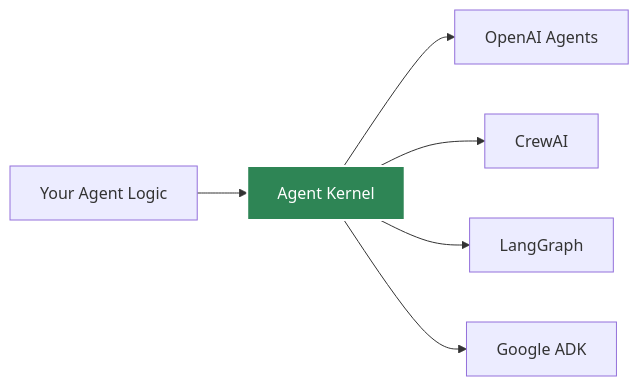
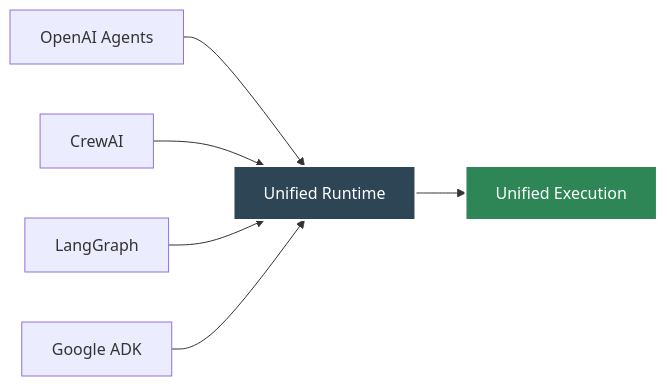
One commit to yaalalabs/agent-kernel changed the first of 2 diagrams in docs/docs/intro.md. Above: the diagram before and after it, drawn with Mermaid. The commit also changed other lines of this file and 4 other files, not shown here.

````diff
--- a/docs/docs/intro.md
+++ b/docs/docs/intro.md
@@ -14,10 +14,14 @@
 ```mermaid
-graph LR
-    A[Your Agent Logic] --> B[Agent Kernel]
-    B --> C[OpenAI Agents]
-    B --> D[CrewAI]
-    B --> E[LangGraph]
-    B --> F[Google ADK]
-    
-    style B fill:#2e8555,stroke:#fff,stroke-width:2px,color:#fff
+---
+config:
+  layout: dagre
+---
+flowchart LR
+    B["Unified Runtime"] --> A["Unified Execution"]
+    C["OpenAI Agents"] --> B
+    D["CrewAI"] --> B
+    E["LangGraph"] --> B
+    F["Google ADK"] --> B
+    style A fill:#2e8555,stroke:#fff,stroke-width:2px,color:#fff
+    style B fill:#2e4555,stroke:#fff,stroke-width:2px,color:#fff
 ```
````
